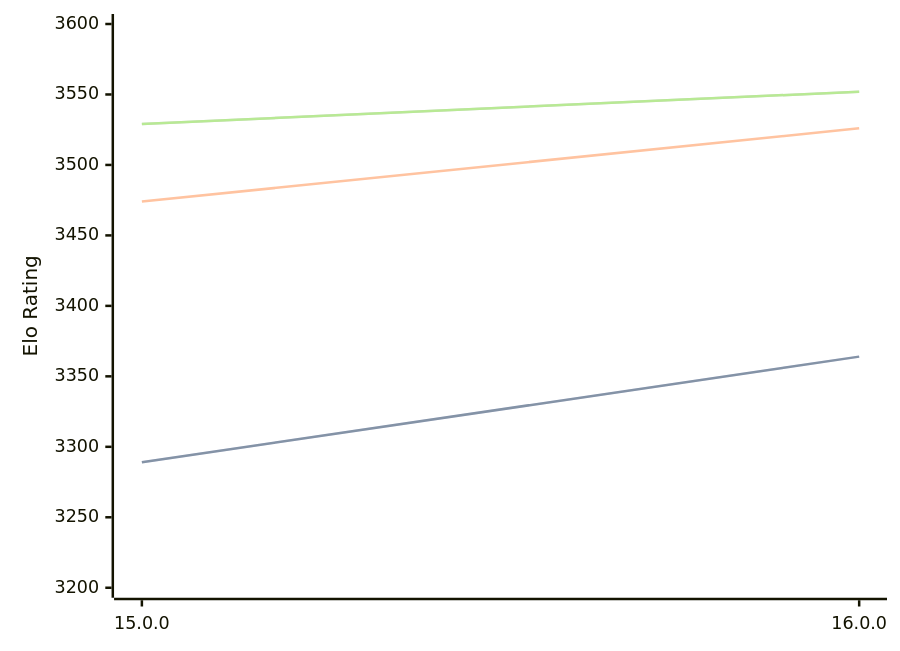
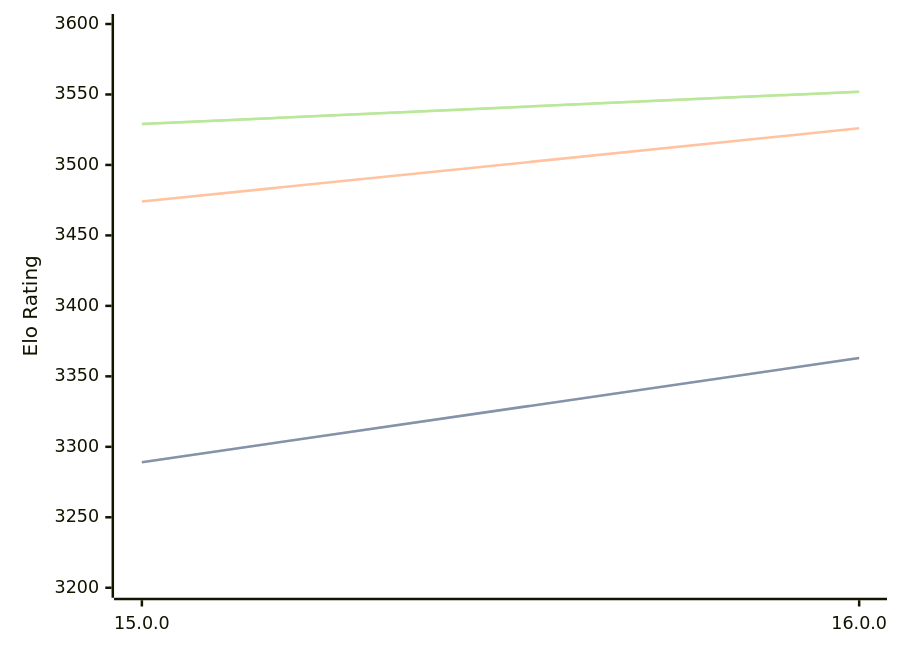
Before and after one commit to computer-chess-index/cci: the diagram in engines/Halogen.md, drawn with Mermaid. The commit also changed other lines of this file, not shown here.

````diff
--- a/engines/Halogen.md
+++ b/engines/Halogen.md
@@ -32,11 +32,11 @@
 ```mermaid
 %%{init: {"theme":"base","themeVariables":{"seriesColors:['#a3a3a3','#222221','#faa371']}}}%%
 xychart-beta
   x-axis ["15.0.0", "16.0.0"]
   y-axis "Elo Rating" 3200 --> 3600
-  line "" [3289, 3364]
-  line "STC (8.0+0.08s)" [3289, 3364]
+  line "" [3289, 3363]
+  line "STC (8.0+0.08s)" [3289, 3363]
   line "LTC (60.0+0.60s)" [3474, 3526]
   line "" [3529, 3552]
   line "VLTC (2m24s+1.12s)" [3529, 3552]
 ```
````
